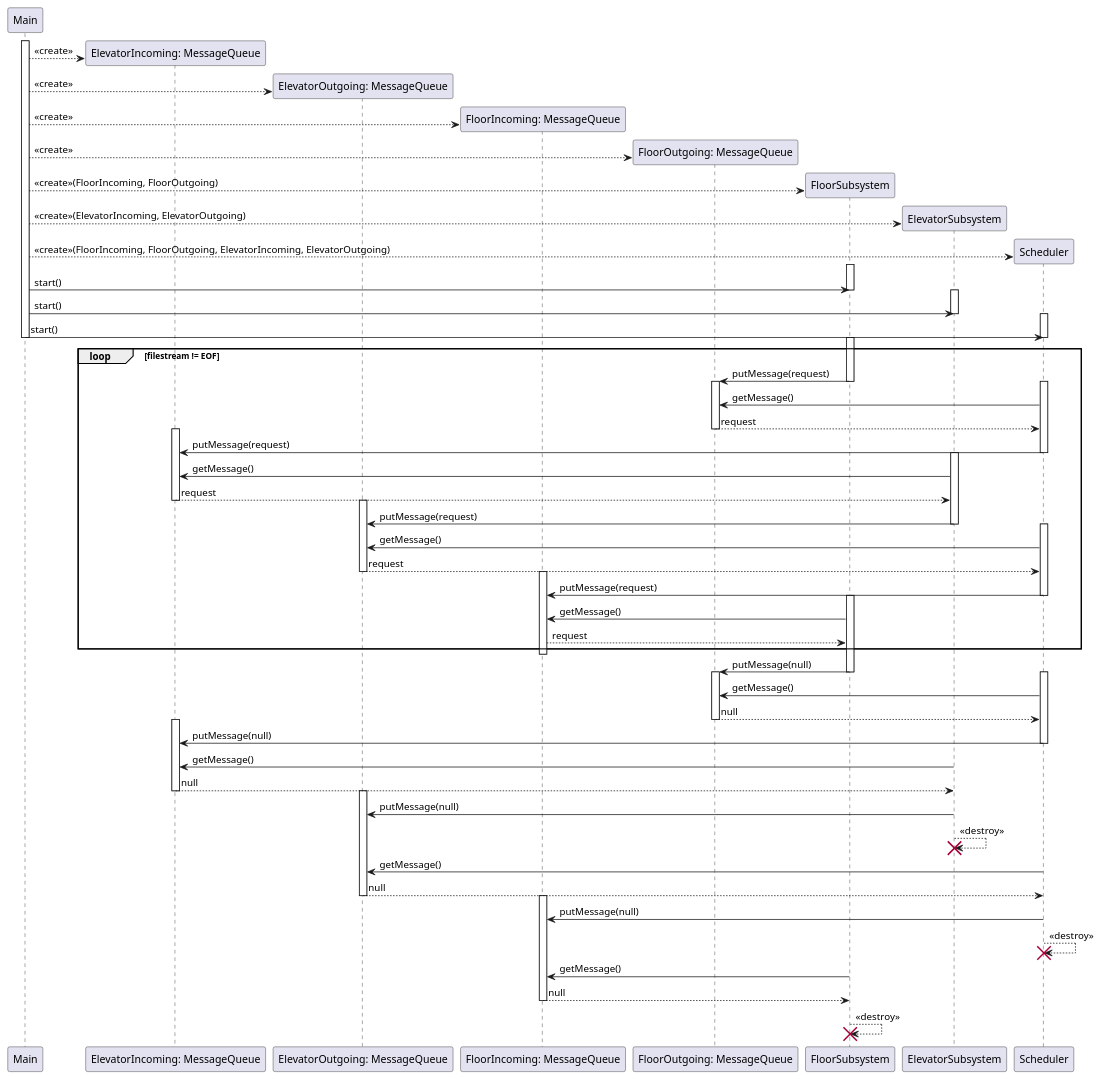
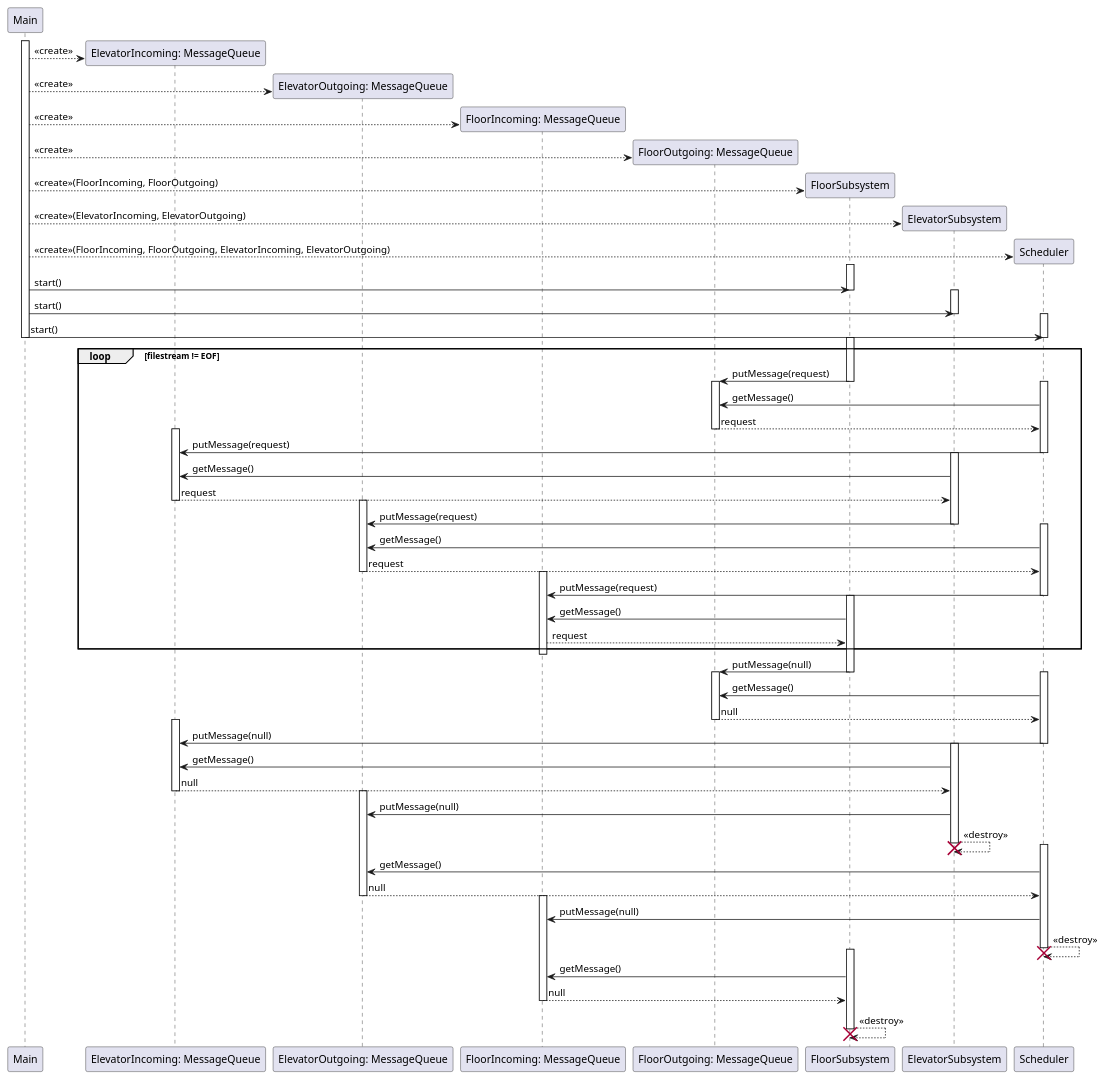
Before and after one commit to GAchuzia/groupProject-SYSC3303: the diagram in SequenceUML.puml, drawn with PlantUML.

Commit message:
Activate subsystems before death.

```diff
--- a/SequenceUML.puml
+++ b/SequenceUML.puml
@@ -1,118 +1,124 @@
 @startuml
 'autonumber
 
 participant Main
 
 activate Main
 create "ElevatorIncoming: MessageQueue" as ElevatorIncoming
 Main --> ElevatorIncoming: <<create>>
 create "ElevatorOutgoing: MessageQueue" as ElevatorOutgoing
 Main --> ElevatorOutgoing: <<create>>
 create "FloorIncoming: MessageQueue" as FloorIncoming
 Main --> FloorIncoming: <<create>>
 create "FloorOutgoing: MessageQueue" as FloorOutgoing
 Main --> FloorOutgoing: <<create>>
 
 create FloorSubsystem
 Main --> FloorSubsystem: <<create>>(FloorIncoming, FloorOutgoing)
 create ElevatorSubsystem
 Main --> ElevatorSubsystem: <<create>>(ElevatorIncoming, ElevatorOutgoing)
 create Scheduler
 Main --> Scheduler: <<create>>(FloorIncoming, FloorOutgoing, ElevatorIncoming, ElevatorOutgoing)
 
 activate FloorSubsystem
 Main -> FloorSubsystem: start()
 deactivate FloorSubsystem
 activate ElevatorSubsystem
 Main -> ElevatorSubsystem: start()
 deactivate ElevatorSubsystem
 activate Scheduler
 Main -> Scheduler: start()
 deactivate Scheduler
 
 deactivate Main
 
 loop filestream != EOF
 
     ' FloorSubsystem produces a request
     activate FloorSubsystem
     FloorSubsystem -> FloorOutgoing: putMessage(request)
     deactivate FloorSubsystem
 
     ' Scheduler gets request
     activate Scheduler
     activate FloorOutgoing
     Scheduler -> FloorOutgoing: getMessage()
     FloorOutgoing --> Scheduler: request
     deactivate FloorOutgoing
 
     ' Scheduler forwards request to elevator subsystem
     activate ElevatorIncoming
     Scheduler -> ElevatorIncoming: putMessage(request)
     deactivate Scheduler
 
     ' Elevator subsystem echoes request back to its outgoing
     activate ElevatorSubsystem
     ElevatorSubsystem -> ElevatorIncoming: getMessage()
     ElevatorIncoming --> ElevatorSubsystem: request
     deactivate ElevatorIncoming
     activate ElevatorOutgoing
     ElevatorSubsystem -> ElevatorOutgoing: putMessage(request)
     deactivate ElevatorSubsystem
 
     ' Scheduler forwards elevator outgoing back to floor
     activate Scheduler
     Scheduler -> ElevatorOutgoing: getMessage()
     ElevatorOutgoing --> Scheduler: request
     deactivate ElevatorOutgoing
     activate FloorIncoming
     Scheduler -> FloorIncoming: putMessage(request)
     deactivate Scheduler
 
     ' Floor reads message
     activate FloorSubsystem
     FloorSubsystem -> FloorIncoming: getMessage()
     FloorIncoming --> FloorSubsystem: request
 end
 
     ' FloorSubsystem signals kill message
     deactivate FloorIncoming
     FloorSubsystem -> FloorOutgoing: putMessage(null)
     deactivate FloorSubsystem
     activate FloorOutgoing
 
     ' Scheduler forwards kill message to elevator
     activate Scheduler
     Scheduler -> FloorOutgoing: getMessage()
     FloorOutgoing --> Scheduler: null
     deactivate FloorOutgoing
     activate ElevatorIncoming
     Scheduler -> ElevatorIncoming: putMessage(null)
     deactivate Scheduler
 
     ' Elevator kills itself
+    activate ElevatorSubsystem
     ElevatorSubsystem -> ElevatorIncoming: getMessage()
     ElevatorIncoming --> ElevatorSubsystem: null
     deactivate ElevatorIncoming
     activate ElevatorOutgoing
     ElevatorSubsystem -> ElevatorOutgoing: putMessage(null)
     ElevatorSubsystem --> ElevatorSubsystem: <<destroy>>
+    deactivate ElevatorSubsystem
     destroy ElevatorSubsystem
 
     ' Scheduler receives self-destruct
+    activate Scheduler
     Scheduler -> ElevatorOutgoing: getMessage()
     ElevatorOutgoing --> Scheduler: null
     deactivate ElevatorOutgoing
     activate FloorIncoming
     Scheduler -> FloorIncoming: putMessage(null)
     Scheduler --> Scheduler: <<destroy>>
+    deactivate Scheduler
     destroy Scheduler
 
     ' Floor receives self-destruct
+    activate FloorSubsystem
     FloorSubsystem -> FloorIncoming: getMessage()
     FloorIncoming --> FloorSubsystem: null
     deactivate FloorIncoming
     FloorSubsystem --> FloorSubsystem: <<destroy>>
+    deactivate FloorSubsystem
     destroy FloorSubsystem
 
 @enduml
```
